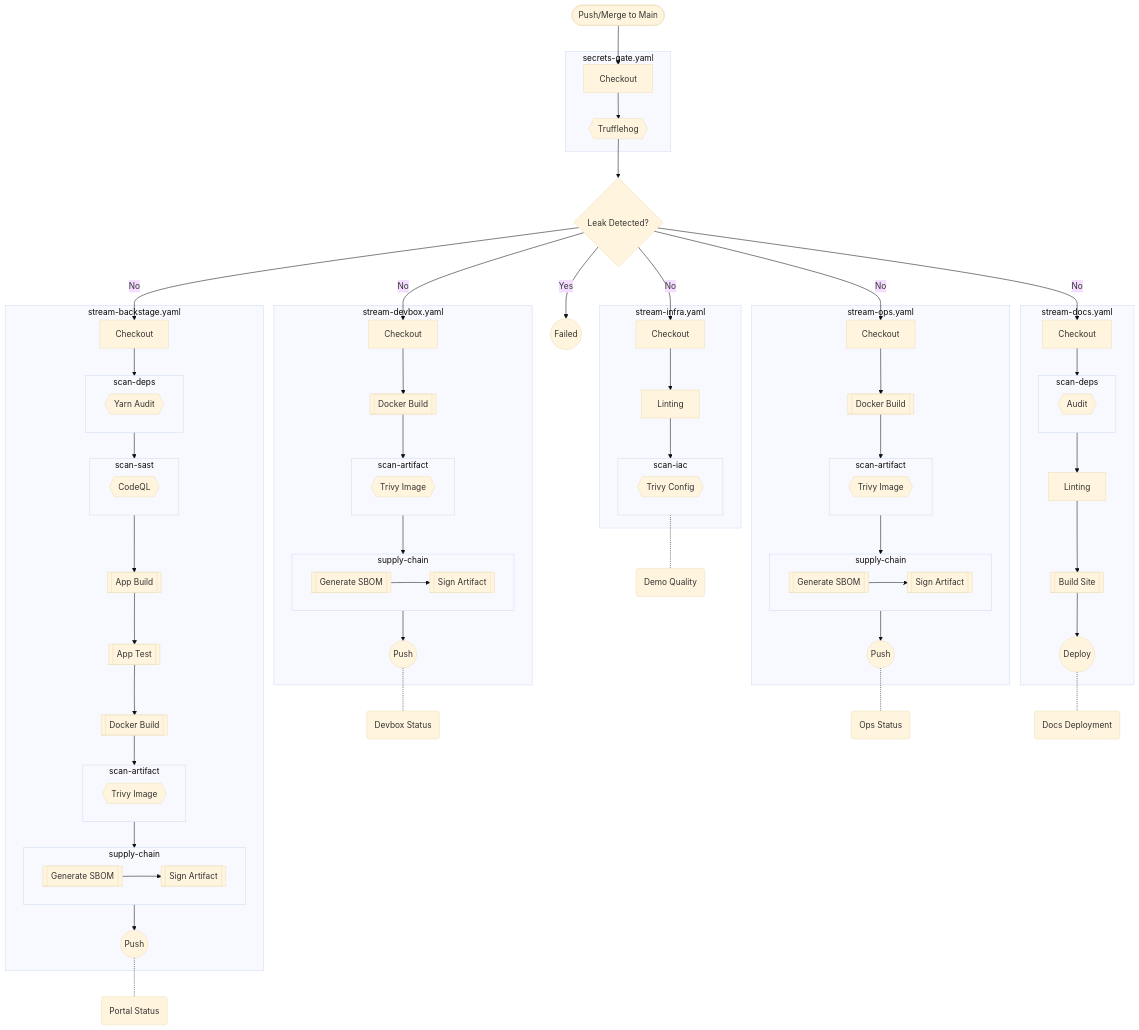
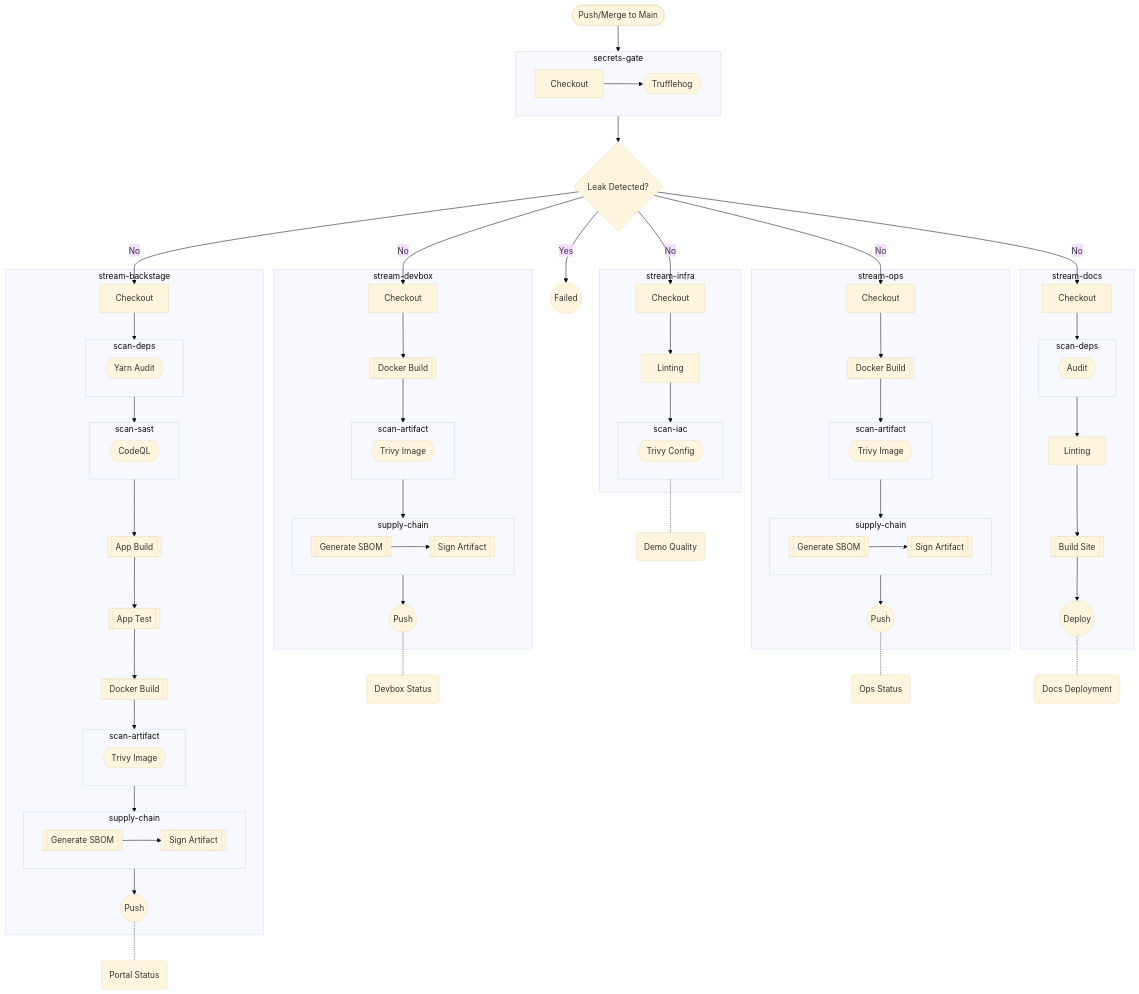
One commit to rou-cru/idp-blueprint changed the diagram in .serena/memories/github_actions_cicd_strategy.md. Above: the diagram before and after it, drawn with Mermaid (base theme). The commit also changed other lines of this file and 1 other file, not shown here.

````diff
--- a/.serena/memories/github_actions_cicd_strategy.md
+++ b/.serena/memories/github_actions_cicd_strategy.md
@@ -13,132 +11,106 @@
 ```mermaid
 graph TD
-    %% =========================================================
-    %% TRIGGER (EVENT)
-    %% =========================================================
+
     Start([Push/Merge to Main])
+    Gate_Sec{Leak Detected?}
+    Stop((Failed))
+    Badge_Infra(Demo Quality)
+    Badge_Portal(Portal Status)
+    Badge_Devbox(Devbox Status)
+    Badge_Ops(Ops Status)
+    Badge_Docs(Docs Deployment)
 
-    %% =========================================================
-    %% SECURITY GATE
-    %% =========================================================
-    Start --> SQ_1
-    
-    subgraph secrets-gate.yaml
+    subgraph secrets-gate
         SQ_1[Checkout] --> SQ_2{{Trufflehog}}
     end
 
-    SQ_2 --> Gate_Sec{Leak Detected?}
+    subgraph scan-iac
+        IQ_3{{Trivy Config}}
+    end
 
-    %% =========================================================
-    %% PARALLEL STREAMS (Workflow Files)
-    %% =========================================================
-    
+    subgraph stream-infra
+        IQ_1[Checkout] --> IQ_2[Linting] --> scan-iac
+    end
+
+    subgraph scan-deps-back [scan-deps]
+        BQ_2{{Yarn Audit}}
+    end
+
+    subgraph scan-sast
+        BQ_3{{CodeQL}}
+    end
+
+    subgraph scan-artifact-back [scan-artifact]
+        BQ_7{{Trivy Image}}
+    end
+
+    subgraph supply-chain-back [supply-chain]
+        BQ_8[[Generate SBOM]] --> BQ_9[[Sign Artifact]]
+    end
+
+    subgraph stream-backstage
+        BQ_1[Checkout]
+        scan-deps-back
+        scan-sast
+        BQ_4[[App Build]]
+        BQ_5[[App Test]]
+        BQ_6[[Docker Build]]
+        scan-artifact-back
+        supply-chain-back
+        BQ_10((Push))
+    end
+
+    subgraph scan-artifact-dev [scan-artifact]
+        DQ_3{{Trivy Image}}
+    end
+
+    subgraph supply-chain-dev [supply-chain]
+        DQ_4[[Generate SBOM]] --> DQ_5[[Sign Artifact]]
+    end
+
+    subgraph stream-devbox
+        DQ_1[Checkout] --> DQ_2[[Docker Build]] --> scan-artifact-dev --> supply-chain-dev --> DQ_6((Push))
+    end
+
+    subgraph scan-artifact-ops [scan-artifact]
+        OQ_3{{Trivy Image}}
+    end
+
+    subgraph supply-chain-ops [supply-chain]
+        OQ_4[[Generate SBOM]] --> OQ_5[[Sign Artifact]]
+    end
+
+    subgraph stream-ops
+        OQ_1[Checkout] --> OQ_2[[Docker Build]] --> scan-artifact-ops --> supply-chain-ops --> OQ_6((Push))
+    end
+
+    subgraph scan-deps-docs [scan-deps]
+        Docs_2{{Audit}}
+    end
+
+    subgraph stream-docs
+        Docs_1[Checkout] --> scan-deps-docs --> Docs_3[Linting] --> Docs_4[[Build Site]] --> Docs_5((Deploy))
+    end
+
+    Start --> secrets-gate
+    secrets-gate --> Gate_Sec
     Gate_Sec -- No --> IQ_1
     Gate_Sec -- No --> BQ_1
     Gate_Sec -- No --> DQ_1
     Gate_Sec -- No --> OQ_1
     Gate_Sec -- No --> Docs_1
-
-    %% INFRASTRUCTURE
-    subgraph stream-infra.yaml
-        IQ_1[Checkout] --> IQ_2[Linting]
-        IQ_2 --> scan-iac
-        
-        subgraph scan-iac
-            IQ_3{{Trivy Config}}
-        end
-    end
-
-    %% BACKSTAGE
-    subgraph stream-backstage.yaml
-        BQ_1[Checkout] --> scan-deps-back
-        
-        subgraph scan-deps-back [scan-deps]
-            BQ_2{{Yarn Audit}}
-        end
-        
-        scan-deps-back --> scan-sast
-        
-        subgraph scan-sast
-            BQ_3{{CodeQL}}
-        end
-        
-        scan-sast --> BQ_4[[App Build]]
-        BQ_4 --> BQ_5[[App Test]]
-        BQ_5 --> BQ_6[[Docker Build]]
-        BQ_6 --> scan-artifact-back
-        
-        subgraph scan-artifact-back [scan-artifact]
-            BQ_7{{Trivy Image}}
-        end
-        
-        scan-artifact-back --> supply-chain-back
-        
-        subgraph supply-chain-back [supply-chain]
-            BQ_8[[Generate SBOM]] --> BQ_9[[Sign Artifact]]
-        end
-        
-        supply-chain-back --> BQ_10((Push))
-    end
-
-    %% DEVBOX
-    subgraph stream-devbox.yaml
-        DQ_1[Checkout] --> DQ_2[[Docker Build]]
-        DQ_2 --> scan-artifact-dev
-        
-        subgraph scan-artifact-dev [scan-artifact]
-            DQ_3{{Trivy Image}}
-        end
-        
-        scan-artifact-dev --> supply-chain-dev
-        
-        subgraph supply-chain-dev [supply-chain]
-            DQ_4[[Generate SBOM]] --> DQ_5[[Sign Artifact]]
-        end
-        
-        supply-chain-dev --> DQ_6((Push))
-    end
-
-    %% OPS
-    subgraph stream-ops.yaml
-        OQ_1[Checkout] --> OQ_2[[Docker Build]]
-        OQ_2 --> scan-artifact-ops
-        
-        subgraph scan-artifact-ops [scan-artifact]
-            OQ_3{{Trivy Image}}
-        end
-        
-        scan-artifact-ops --> supply-chain-ops
-        
-        subgraph supply-chain-ops [supply-chain]
-            OQ_4[[Generate SBOM]] --> OQ_5[[Sign Artifact]]
-        end
-        
-        supply-chain-ops --> OQ_6((Push))
-    end
-
-    %% DOCUMENTATION
-    subgraph stream-docs.yaml
-        Docs_1[Checkout] --> scan-deps-docs
-        
-        subgraph scan-deps-docs [scan-deps]
-            Docs_2{{Audit}}
-        end
-        
-        scan-deps-docs --> Docs_3[Linting]
-        Docs_3 --> Docs_4[[Build Site]]
-        Docs_4 --> Docs_5((Deploy))
-    end
-
-    %% FAIL STATE
-    Gate_Sec -- Yes --> Stop((Failed))
-
-    %% =========================================================
-    %% MONITORING
-    %% =========================================================
-    
-    scan-iac -.- Badge_Infra(Demo Quality)
-    BQ_10 -.- Badge_Portal(Portal Status)
-    DQ_6 -.- Badge_Devbox(Devbox Status)
-    OQ_6 -.- Badge_Ops(Ops Status)
-    Docs_5 -.- Badge_Docs(Docs Deployment)
+    BQ_1 --> scan-deps-back
+    scan-deps-back --> scan-sast
+    scan-sast --> BQ_4
+    BQ_4 --> BQ_5
+    BQ_5 --> BQ_6
+    BQ_6 --> scan-artifact-back
+    scan-artifact-back --> supply-chain-back
+    supply-chain-back --> BQ_10
+    Gate_Sec -- Yes --> Stop
+    scan-iac -.- Badge_Infra
+    BQ_10 -.- Badge_Portal
+    DQ_6 -.- Badge_Devbox
+    OQ_6 -.- Badge_Ops
+    Docs_5 -.- Badge_Docs
 ```
````
